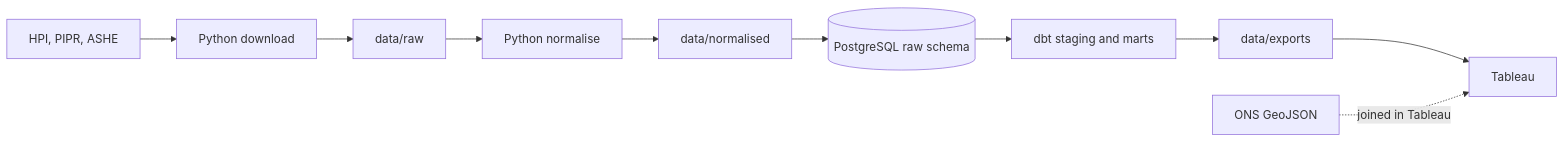
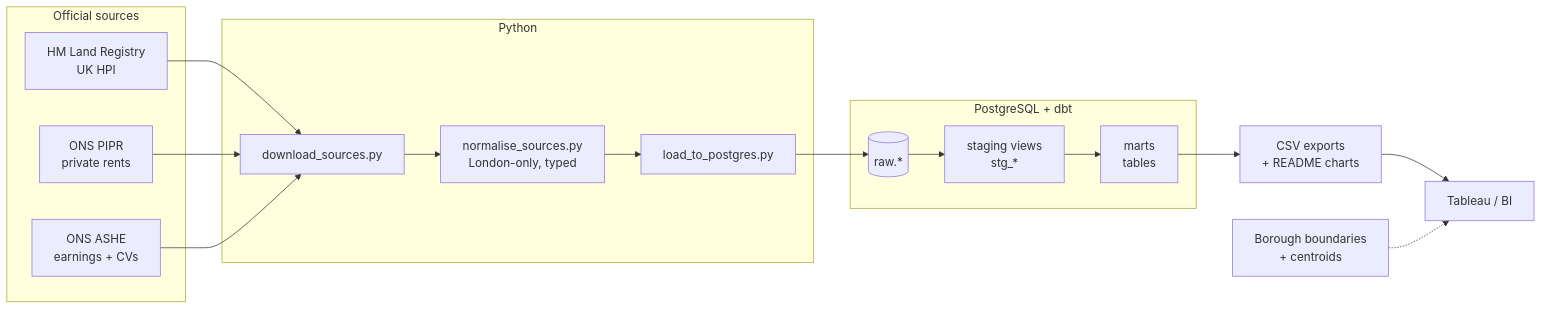
Before and after one commit to aosman101/london-housing-analytics: the diagram in README.md, drawn with Mermaid. The commit also changed other lines of this file and 4 other files, not shown here.

Commit message:
Update Makefile and README for chart generation; add LICENSE and init file

````diff
--- a/README.md
+++ b/README.md
@@ -21,12 +48,27 @@
 ```mermaid
 flowchart LR
-    SRC[HPI, PIPR, ASHE] --> DL[Python download]
-    DL --> RAW[data/raw]
-    RAW --> NORM[Python normalise]
-    NORM --> CSV[data/normalised]
-    CSV --> PG[(PostgreSQL raw schema)]
-    PG --> DBT[dbt staging and marts]
-    DBT --> EXP[data/exports]
-    EXP --> TAB[Tableau]
-    GEO[ONS GeoJSON] -. joined in Tableau .-> TAB
+    subgraph S[Official sources]
+        HPI[HM Land Registry<br/>UK HPI]
+        PIPR[ONS PIPR<br/>private rents]
+        ASHE[ONS ASHE<br/>earnings + CVs]
+    end
+
+    subgraph P[Python]
+        EX[download_sources.py]
+        NORM[normalise_sources.py<br/>London-only, typed]
+        LOAD[load_to_postgres.py]
+    end
+
+    subgraph W[PostgreSQL + dbt]
+        RAW[(raw.*)]
+        STG[staging views<br/>stg_*]
+        MART[marts<br/>tables]
+    end
+
+    OUT[CSV exports<br/>+ README charts]
+    BI[Tableau / BI]
+    GEO[Borough boundaries<br/>+ centroids]
+
+    HPI & PIPR & ASHE --> EX --> NORM --> LOAD --> RAW --> STG --> MART --> OUT --> BI
+    GEO -.-> BI
 ```
````
